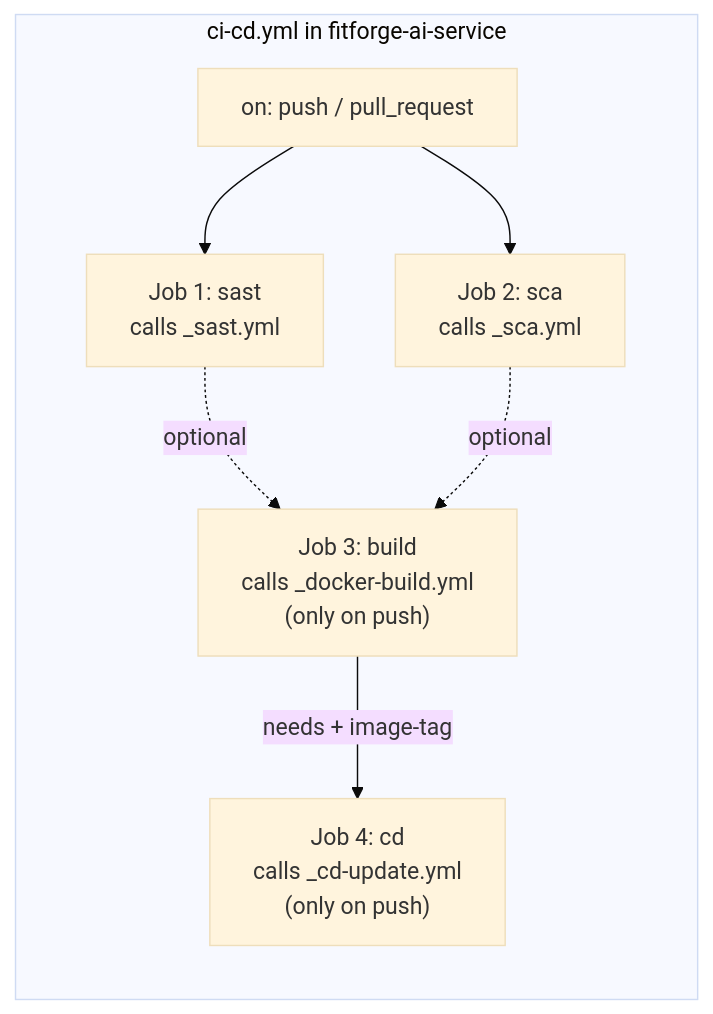
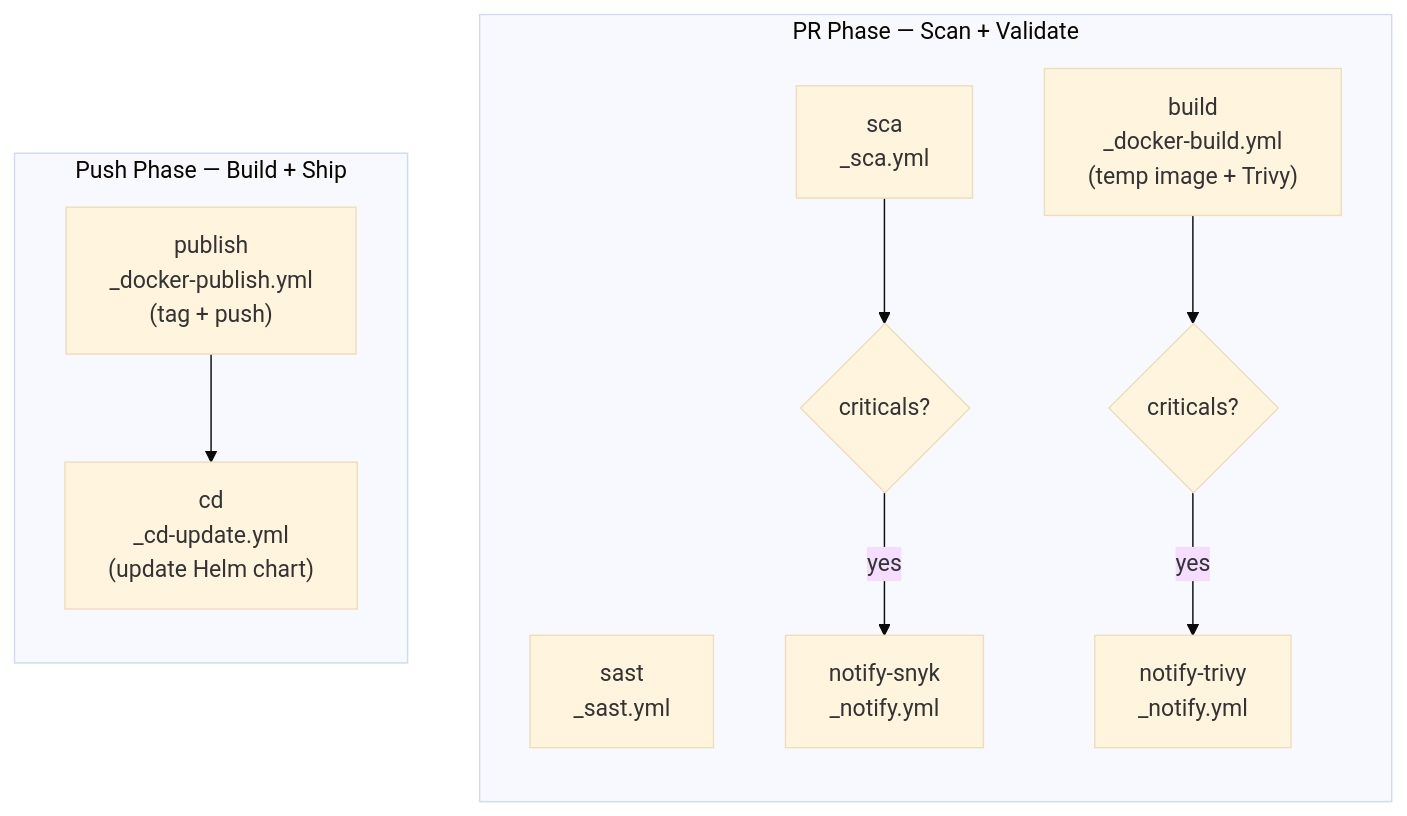
One commit to fitforge101/fitforge-ai-service changed the fourth of 4 diagrams in ci-cd-workflow-strategy.md. Above: the diagram before and after it, drawn with Mermaid (base theme). The commit also changed other lines of this file, not shown here.

Commit message:
refactor: decouple CI/CD workflows by splitting into six specialized, composable templates with distinct PR and push execution paths

````diff
--- a/ci-cd-workflow-strategy.md
+++ b/ci-cd-workflow-strategy.md
@@ -757,16 +832,23 @@
 ```mermaid
 flowchart TD
-    subgraph SERVICE_WORKFLOW["ci-cd.yml in fitforge-ai-service"]
+    subgraph PR_PHASE["PR Phase — Scan + Validate"]
         direction TB
-        A["on: push / pull_request"]
+        SAST["sast\n_sast.yml"] 
+        SCA["sca\n_sca.yml"]
+        BUILD["build\n_docker-build.yml\n(temp image + Trivy)"]
         
-        A --> SAST_JOB["Job 1: sast\ncalls _sast.yml"]
-        A --> SCA_JOB["Job 2: sca\ncalls _sca.yml"]
+        SCA --> CHECK_SCA{"criticals?"}
+        BUILD --> CHECK_TRIVY{"criticals?"}
         
-        SAST_JOB -.->|"optional"| BUILD_JOB
-        SCA_JOB -.->|"optional"| BUILD_JOB
+        CHECK_SCA -->|yes| NOTIFY_S["notify-snyk\n_notify.yml"]
+        CHECK_TRIVY -->|yes| NOTIFY_T["notify-trivy\n_notify.yml"]
+    end
+
+    subgraph PUSH_PHASE["Push Phase — Build + Ship"]
+        direction TB
+        PUBLISH["publish\n_docker-publish.yml\n(tag + push)"]
+        CD["cd\n_cd-update.yml\n(update Helm chart)"]
         
-        BUILD_JOB["Job 3: build\ncalls _docker-build.yml\n(only on push)"]
-        BUILD_JOB -->|"needs + image-tag"| CD_JOB["Job 4: cd\ncalls _cd-update.yml\n(only on push)"]
+        PUBLISH --> CD
     end
 ```
````
